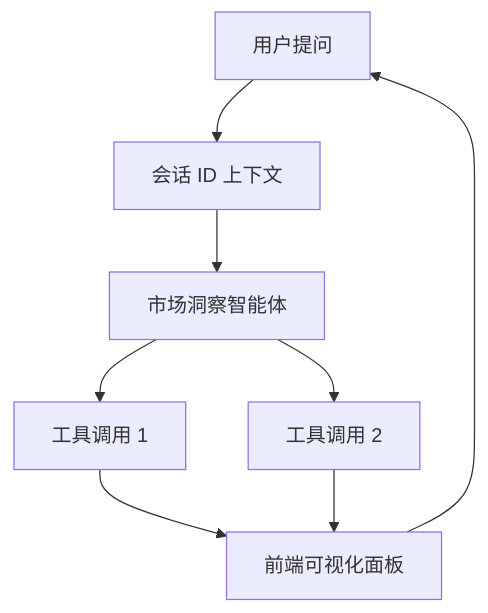
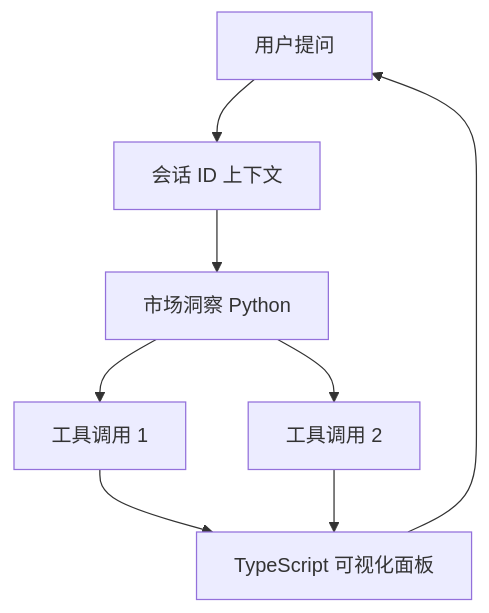
The fourth of 7 diagrams in reports/2026-06-16/index.md (swipth/work-report), drawn with Mermaid before and after one commit. The commit also changed other lines of this file and 29 other files, not shown here.

````diff
--- a/reports/2026-06-16/index.md
+++ b/reports/2026-06-16/index.md
@@ -98,10 +98,10 @@
 ```mermaid
 flowchart TB
     User["用户提问"] --> Session["会话 ID 上下文"]
-    Session --> Agent["市场洞察智能体"]
+    Session --> Agent["市场洞察 Python"]
     Agent --> T1["工具调用 1"]
     Agent --> T2["工具调用 2"]
-    T1 --> Viz["前端可视化面板"]
+    T1 --> Viz["TypeScript 可视化面板"]
     T2 --> Viz
     Viz --> User
 ```
````
